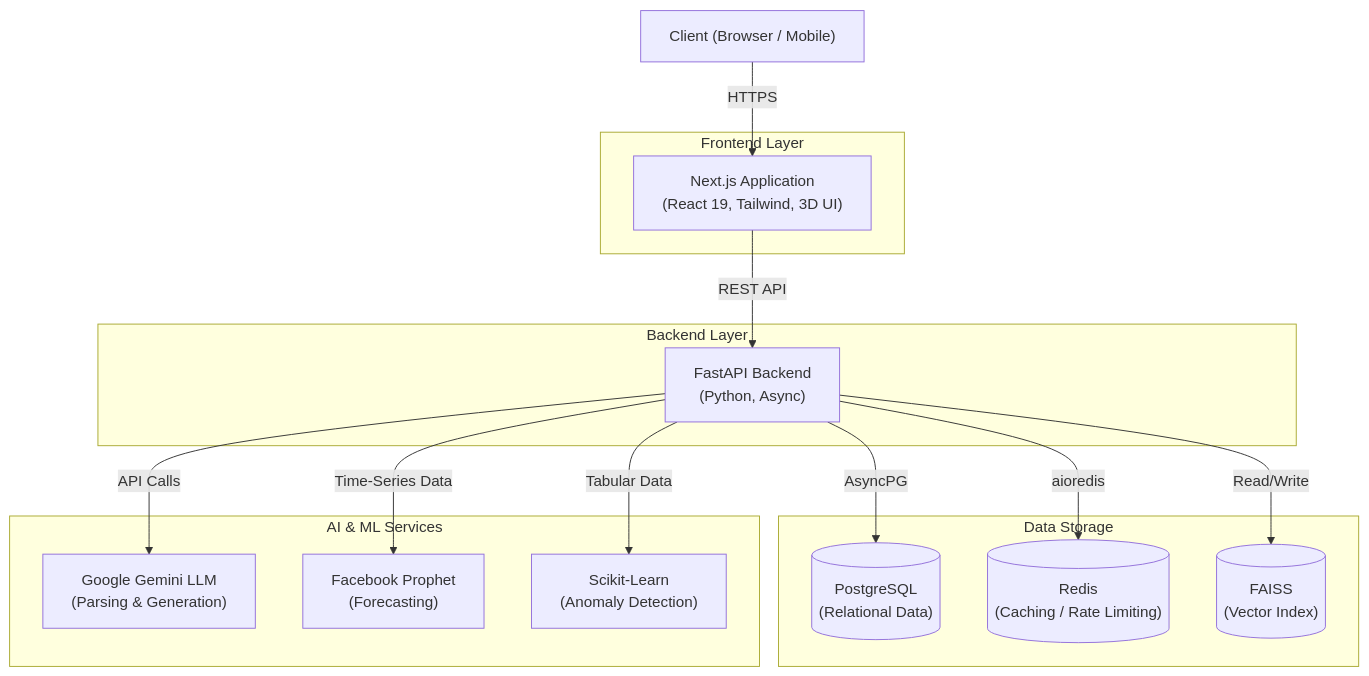
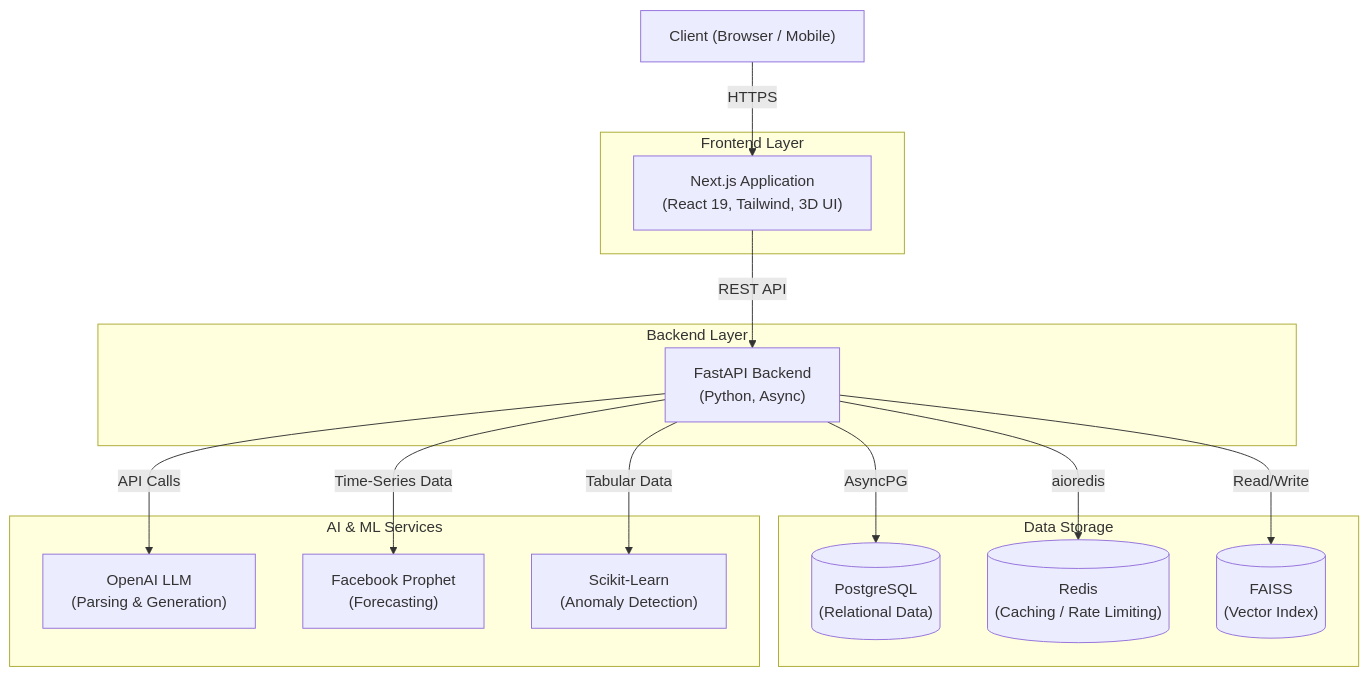
Before and after one commit to Vaibhav-Rajput-connect/pocketpilot: the first of 8 diagrams in docs/architecture_diagrams.md, drawn with Mermaid. The commit also changed other lines of this file and 51 other files, not shown here.

````diff
--- a/docs/architecture_diagrams.md
+++ b/docs/architecture_diagrams.md
@@ -9,32 +9,32 @@
 ```mermaid
 graph TD
     Client["Client (Browser / Mobile)"]
     subgraph "Frontend Layer"
         NextJS["Next.js Application\n(React 19, Tailwind, 3D UI)"]
     end
     
     subgraph "Backend Layer"
         FastAPI["FastAPI Backend\n(Python, Async)"]
     end
     
     subgraph "Data Storage"
         PostgreSQL[("PostgreSQL\n(Relational Data)")]
         Redis[("Redis\n(Caching / Rate Limiting)")]
         FAISS[("FAISS\n(Vector Index)")]
     end
     
     subgraph "AI & ML Services"
-        Gemini["Google Gemini LLM\n(Parsing & Generation)"]
+        OpenAI["OpenAI LLM\n(Parsing & Generation)"]
         Prophet["Facebook Prophet\n(Forecasting)"]
         IsolationForest["Scikit-Learn\n(Anomaly Detection)"]
     end
 
     Client -->|HTTPS| NextJS
     NextJS -->|REST API| FastAPI
     FastAPI -->|AsyncPG| PostgreSQL
     FastAPI -->|aioredis| Redis
     FastAPI -->|Read/Write| FAISS
-    FastAPI -->|API Calls| Gemini
+    FastAPI -->|API Calls| OpenAI
     FastAPI -->|Time-Series Data| Prophet
     FastAPI -->|Tabular Data| IsolationForest
 ```
````
